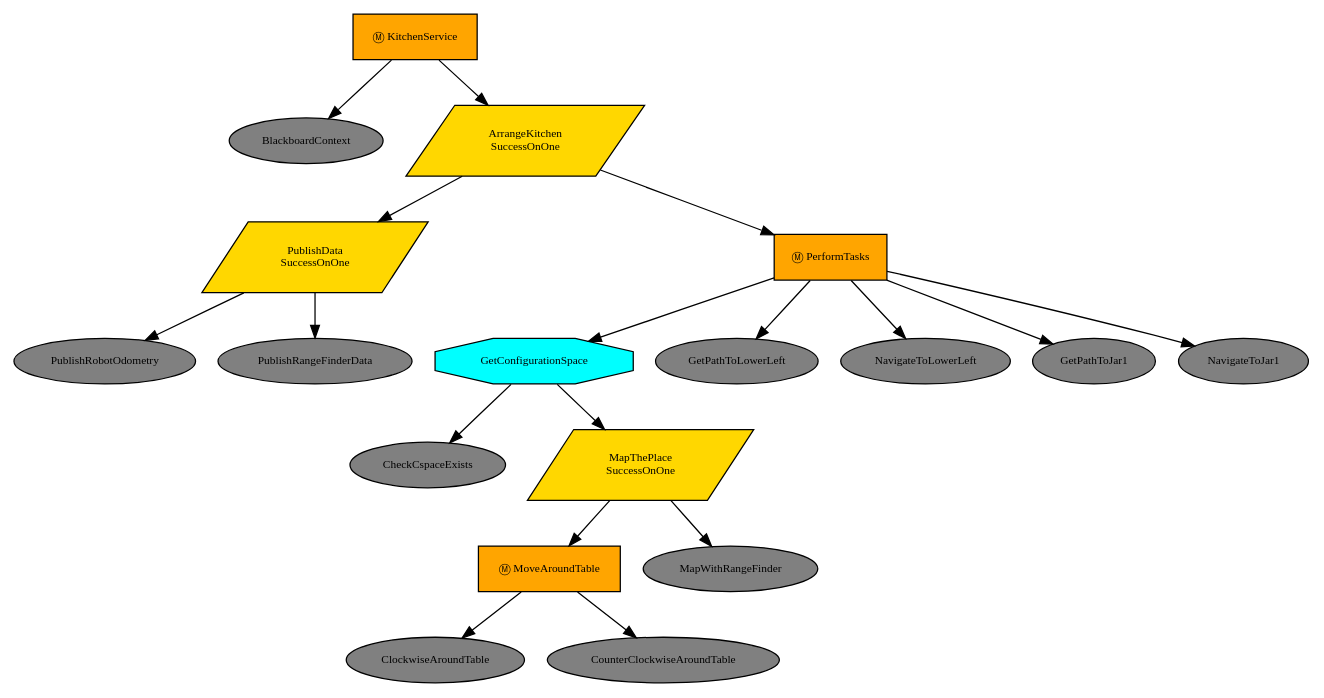
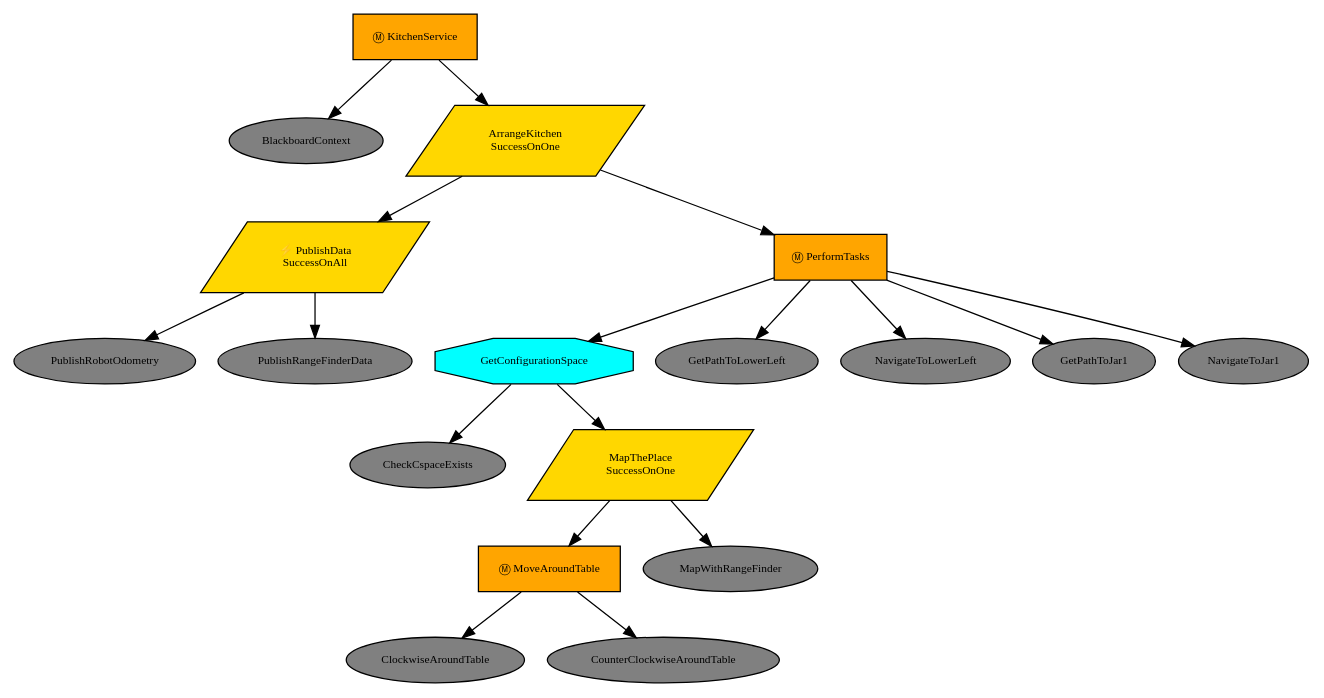
Before and after one commit to Jibrangit/robot_in_kitchen: the diagram in controllers/kitchen_service/kitchenservice.dot, drawn with Graphviz. The commit also changed 9 other files, not shown here.

```diff
--- a/controllers/kitchen_service/kitchenservice.dot
+++ b/controllers/kitchen_service/kitchenservice.dot
@@ -1,41 +1,41 @@
 digraph pastafarianism {
 ordering=out;
 graph [fontname="times-roman"];
 node [fontname="times-roman"];
 edge [fontname="times-roman"];
 KitchenService [fillcolor=orange, fontcolor=black, fontsize=9, label="Ⓜ KitchenService", shape=box, style=filled];
 BlackboardContext [fillcolor=gray, fontcolor=black, fontsize=9, label=BlackboardContext, shape=ellipse, style=filled];
 KitchenService -> BlackboardContext;
 ArrangeKitchen [fillcolor=gold, fontcolor=black, fontsize=9, label="ArrangeKitchen\nSuccessOnOne", shape=parallelogram, style=filled];
 KitchenService -> ArrangeKitchen;
-PublishData [fillcolor=gold, fontcolor=black, fontsize=9, label="PublishData\nSuccessOnOne", shape=parallelogram, style=filled];
+PublishData [fillcolor=gold, fontcolor=black, fontsize=9, label="⚡ PublishData\nSuccessOnAll", shape=parallelogram, style=filled];
 ArrangeKitchen -> PublishData;
 PublishRobotOdometry [fillcolor=gray, fontcolor=black, fontsize=9, label=PublishRobotOdometry, shape=ellipse, style=filled];
 PublishData -> PublishRobotOdometry;
 PublishRangeFinderData [fillcolor=gray, fontcolor=black, fontsize=9, label=PublishRangeFinderData, shape=ellipse, style=filled];
 PublishData -> PublishRangeFinderData;
 PerformTasks [fillcolor=orange, fontcolor=black, fontsize=9, label="Ⓜ PerformTasks", shape=box, style=filled];
 ArrangeKitchen -> PerformTasks;
 GetConfigurationSpace [fillcolor=cyan, fontcolor=black, fontsize=9, label=GetConfigurationSpace, shape=octagon, style=filled];
 PerformTasks -> GetConfigurationSpace;
 CheckCspaceExists [fillcolor=gray, fontcolor=black, fontsize=9, label=CheckCspaceExists, shape=ellipse, style=filled];
 GetConfigurationSpace -> CheckCspaceExists;
 MapThePlace [fillcolor=gold, fontcolor=black, fontsize=9, label="MapThePlace\nSuccessOnOne", shape=parallelogram, style=filled];
 GetConfigurationSpace -> MapThePlace;
 MoveAroundTable [fillcolor=orange, fontcolor=black, fontsize=9, label="Ⓜ MoveAroundTable", shape=box, style=filled];
 MapThePlace -> MoveAroundTable;
 ClockwiseAroundTable [fillcolor=gray, fontcolor=black, fontsize=9, label=ClockwiseAroundTable, shape=ellipse, style=filled];
 MoveAroundTable -> ClockwiseAroundTable;
 CounterClockwiseAroundTable [fillcolor=gray, fontcolor=black, fontsize=9, label=CounterClockwiseAroundTable, shape=ellipse, style=filled];
 MoveAroundTable -> CounterClockwiseAroundTable;
 MapWithRangeFinder [fillcolor=gray, fontcolor=black, fontsize=9, label=MapWithRangeFinder, shape=ellipse, style=filled];
 MapThePlace -> MapWithRangeFinder;
 GetPathToLowerLeft [fillcolor=gray, fontcolor=black, fontsize=9, label=GetPathToLowerLeft, shape=ellipse, style=filled];
 PerformTasks -> GetPathToLowerLeft;
 NavigateToLowerLeft [fillcolor=gray, fontcolor=black, fontsize=9, label=NavigateToLowerLeft, shape=ellipse, style=filled];
 PerformTasks -> NavigateToLowerLeft;
 GetPathToJar1 [fillcolor=gray, fontcolor=black, fontsize=9, label=GetPathToJar1, shape=ellipse, style=filled];
 PerformTasks -> GetPathToJar1;
 NavigateToJar1 [fillcolor=gray, fontcolor=black, fontsize=9, label=NavigateToJar1, shape=ellipse, style=filled];
 PerformTasks -> NavigateToJar1;
 }
```
